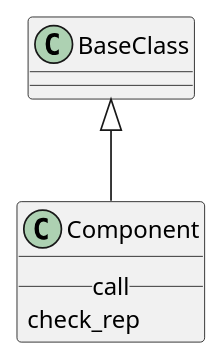
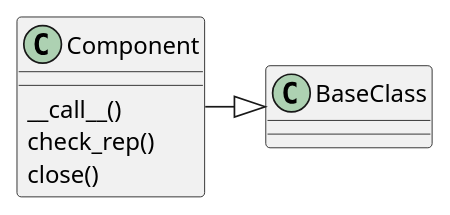
Before and after one commit to russell-n/thetuna: the first of 2 diagrams in tuna/components/component.rst, drawn with PlantUML. The commit also changed other lines of this file and 54 other files, not shown here.

```diff
--- a/tuna/components/component.rst
+++ b/tuna/components/component.rst
@@ -11,5 +31,6 @@
 .. uml::
 
-   BaseClass <|-- Component
-   Component : __call__
-   Component : check_rep
+   Component -|> BaseClass
+   Component : __call__()
+   Component : check_rep()
+   Component : close()
```
